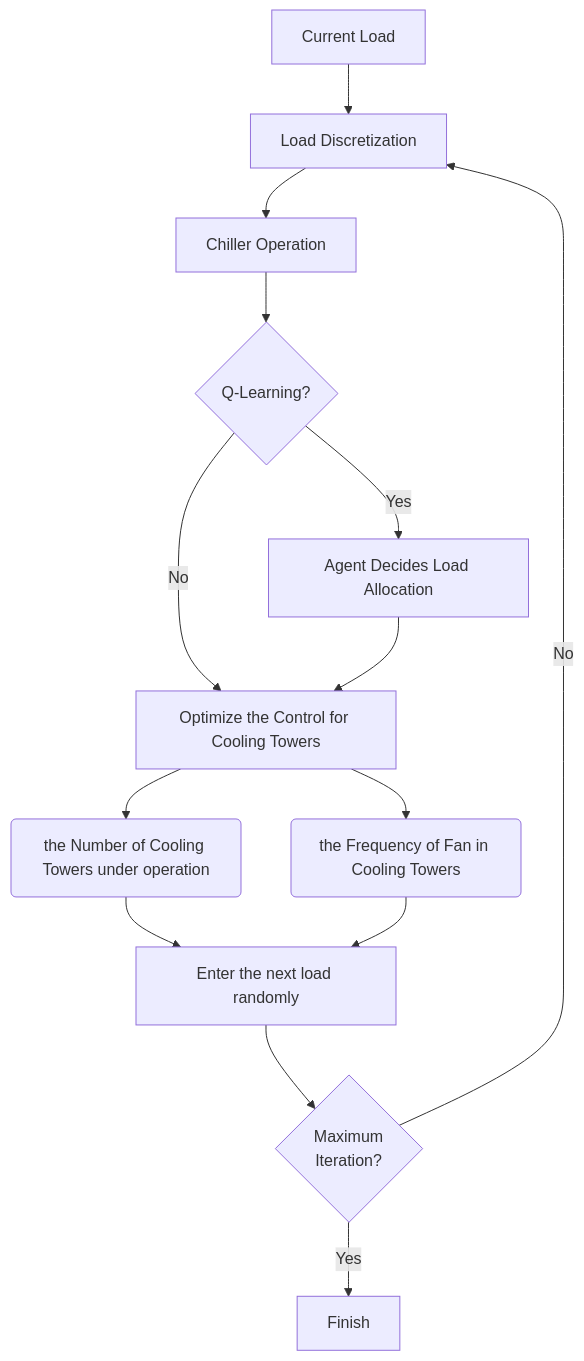
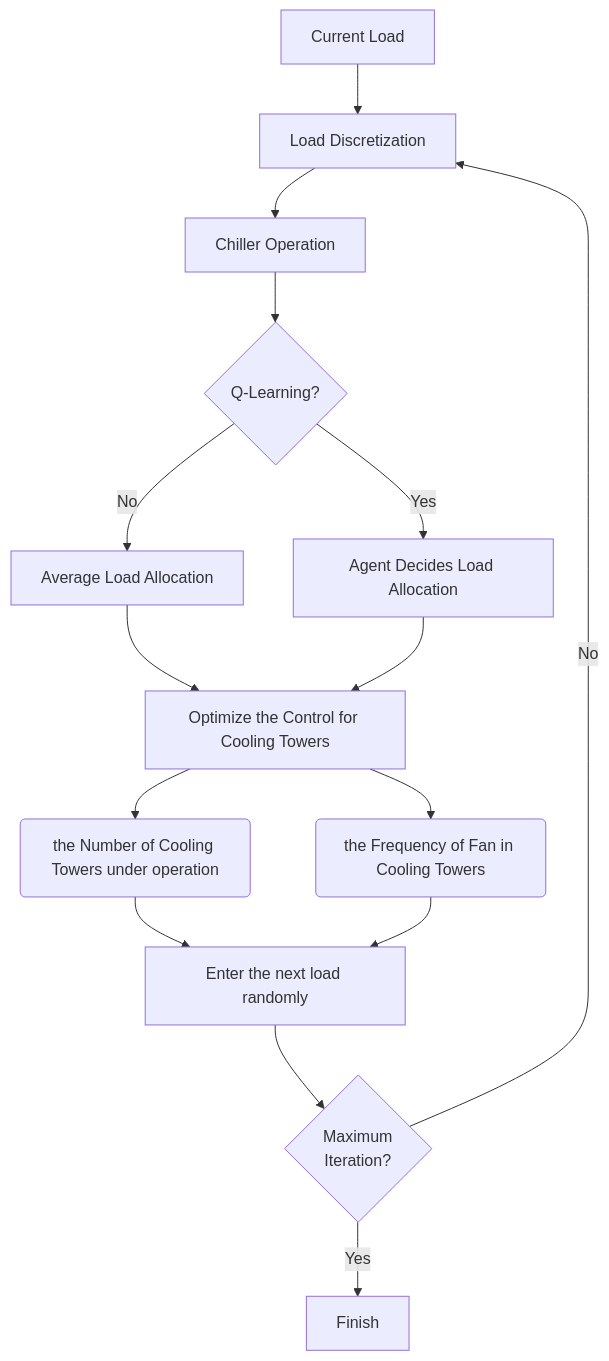
Before and after one commit to Hurricane-k/Demo-BuildingEfficiencyAgentVirtualEnv: the diagram in README.md, drawn with Mermaid.

````diff
--- a/README.md
+++ b/README.md
@@ -71,15 +71,16 @@
 ```mermaid
 flowchart TD
     A[Current Load] --> B[Load Discretization]
     B --> C[Chiller Operation]
     C --> D{Q-Learning?}
-    D -->|No| E[Optimize the Control for Cooling Towers]
+    D -->|No| D1[Average Load Allocation]
+    D1 --> E[Optimize the Control for Cooling Towers]
     D -->|Yes| F[Agent Decides Load Allocation] 
     F --> E
     E --> E1(the Number of Cooling Towers under operation)
     E --> E2(the Frequency of Fan in Cooling Towers)
     E1 & E2 --> G[Enter the next load randomly]
     G --> H{Maximum \n Iteration?}
     H -->|Yes| I[Finish]
     H -->|No| B
 ```
````
